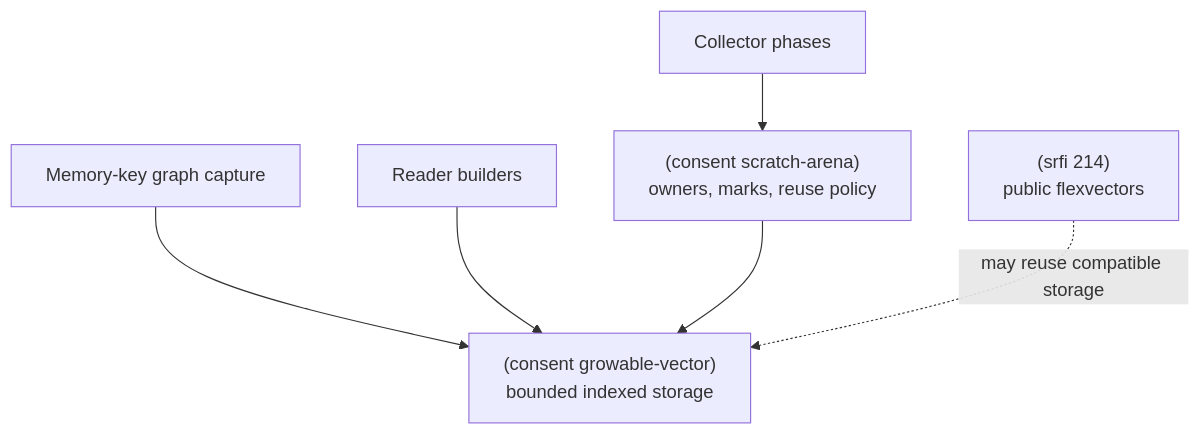
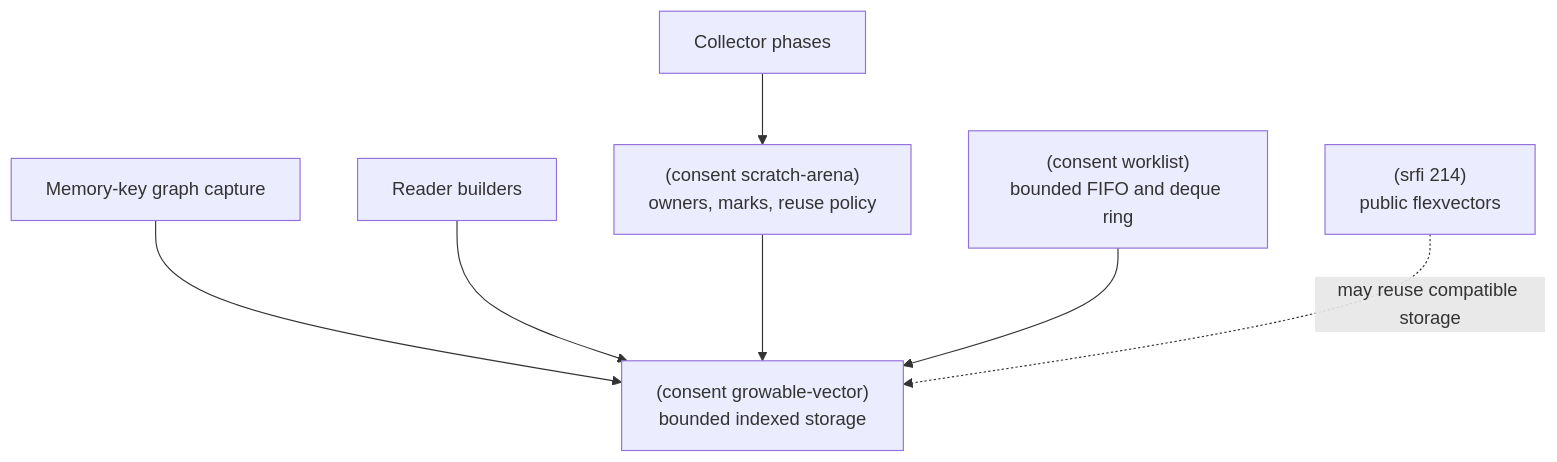
The first of 3 diagrams in docs/runtime-storage.md (tahoma/agent-scheme), drawn with Mermaid before and after one commit. The commit also changed other lines of this file and 14 other files, not shown here.

First line of the commit message:
runtime: add bootstrap-safe FIFO and deque worklists (#977)

````diff
--- a/docs/runtime-storage.md
+++ b/docs/runtime-storage.md
@@ -27,12 +29,14 @@
 ```mermaid
 flowchart TB
   reader["Reader builders"]
   memory["Memory-key graph capture"] --> grow
   grow["(consent growable-vector)<br/>bounded indexed storage"]
   scratch["(consent scratch-arena)<br/>owners, marks, reuse policy"]
+  worklist["(consent worklist)<br/>bounded FIFO and deque ring"]
   srfi["(srfi 214)<br/>public flexvectors"]
   reader --> grow
   scratch --> grow
+  worklist --> grow
   collectors["Collector phases"] --> scratch
   srfi -. "may reuse compatible storage" .-> grow
 ```
````
